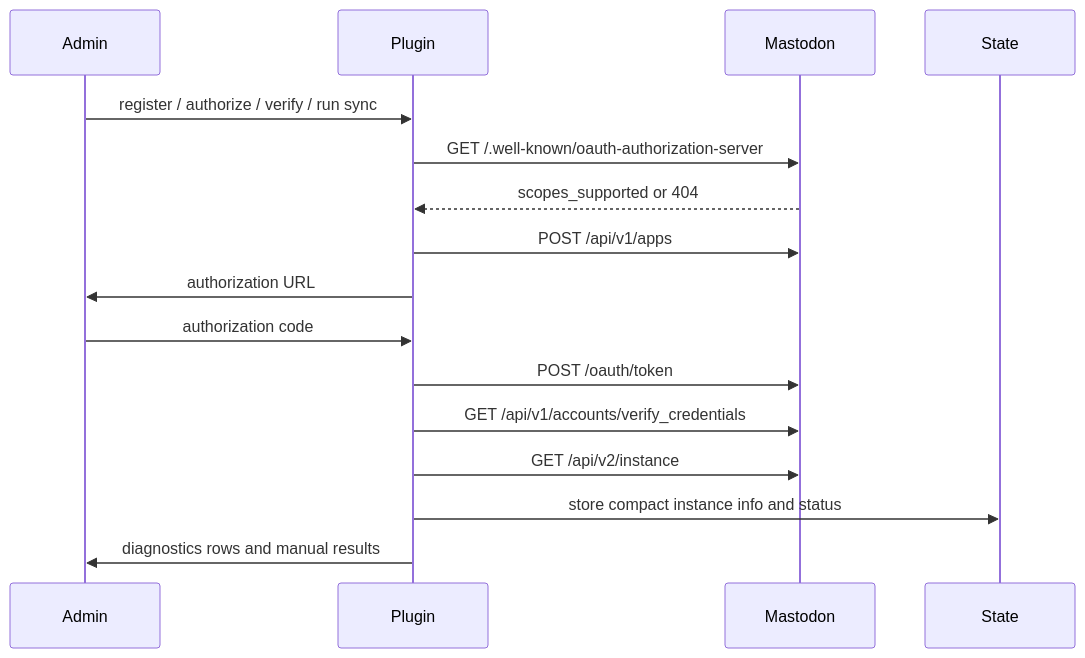
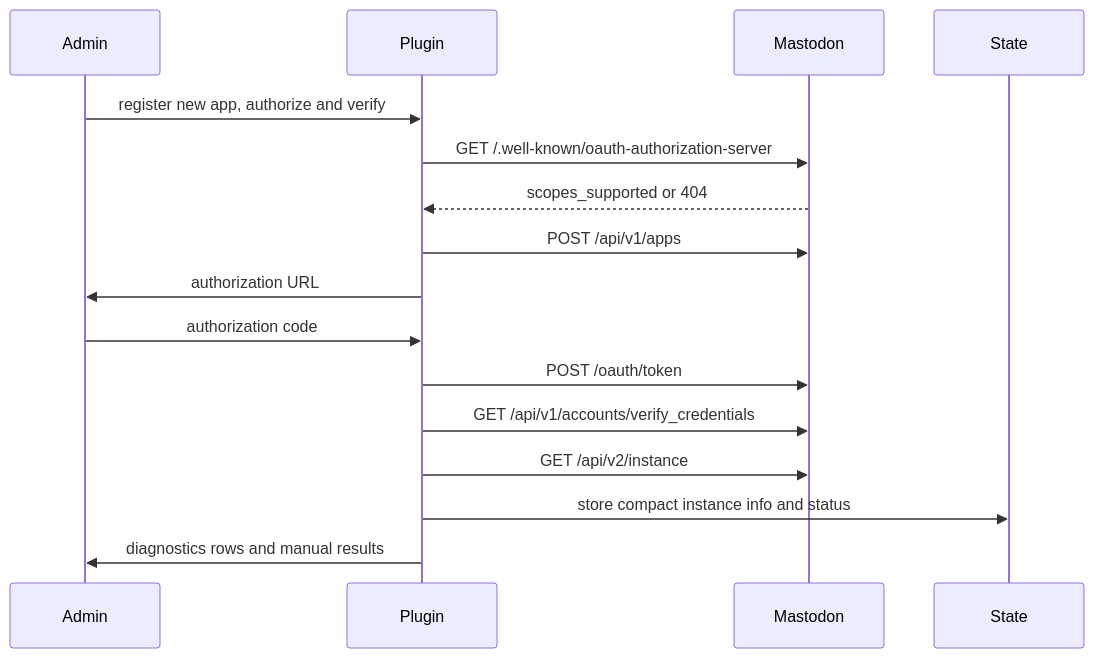
One commit to flatpressblog/flatpress changed the ninth of 9 diagrams in fp-plugins/mastodon/developer-docs/01-Process-Map.md. Above: the diagram before and after it, drawn with Mermaid. The commit also changed other lines of this file and 11 other files, not shown here.

````diff
--- a/fp-plugins/mastodon/developer-docs/01-Process-Map.md
+++ b/fp-plugins/mastodon/developer-docs/01-Process-Map.md
@@ -348,19 +356,19 @@
 ```mermaid
 sequenceDiagram
     participant Admin
     participant Plugin
     participant Mastodon
     participant State
 
-    Admin->>Plugin: register / authorize / verify / run sync
+    Admin->>Plugin: register new app, authorize and verify
     Plugin->>Mastodon: GET /.well-known/oauth-authorization-server
     Mastodon-->>Plugin: scopes_supported or 404
     Plugin->>Mastodon: POST /api/v1/apps
     Plugin->>Admin: authorization URL
     Admin->>Plugin: authorization code
     Plugin->>Mastodon: POST /oauth/token
     Plugin->>Mastodon: GET /api/v1/accounts/verify_credentials
     Plugin->>Mastodon: GET /api/v2/instance
     Plugin->>State: store compact instance info and status
     Plugin->>Admin: diagnostics rows and manual results
 ```
````
